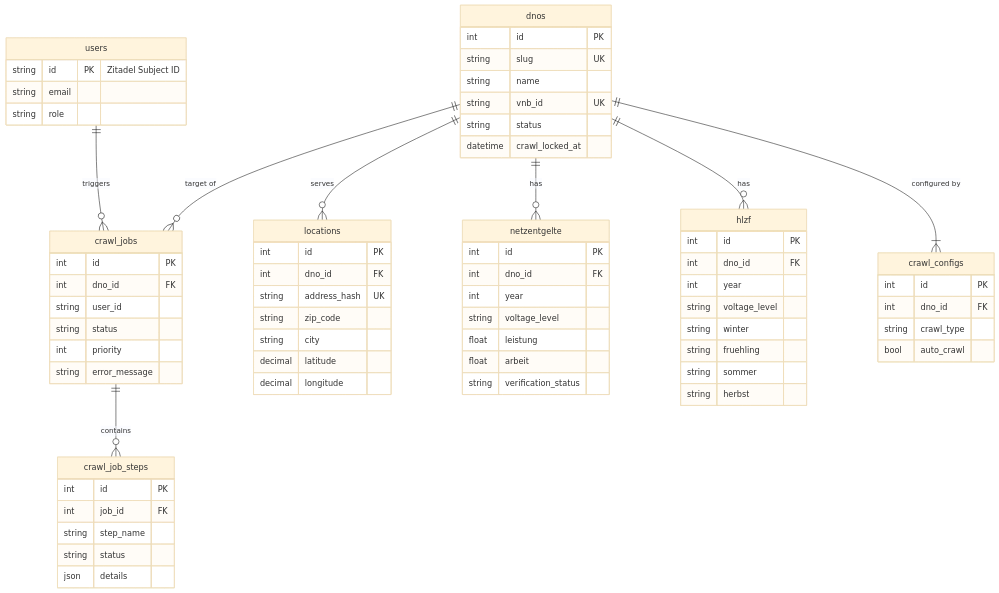
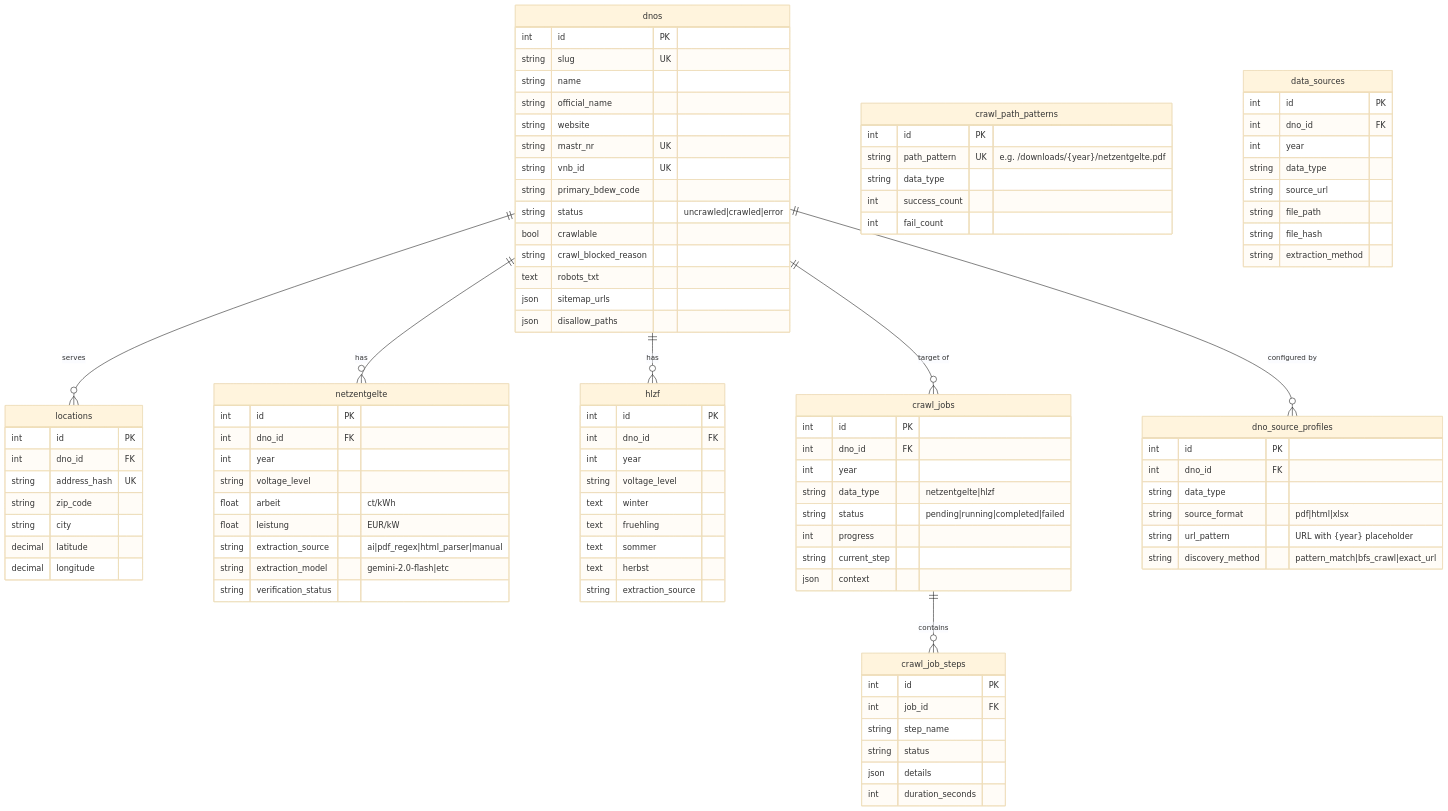
One commit to KyleDerZweite/dno-crawler changed the fourth of 5 diagrams in ARCHITECTURE.md. Above: the diagram before and after it, drawn with Mermaid (base theme). The commit also changed other lines of this file and 6 other files, not shown here.

````diff
--- a/ARCHITECTURE.md
+++ b/ARCHITECTURE.md
@@ -189,25 +263,26 @@
 ```mermaid
 erDiagram
-    users ||--o{ crawl_jobs : "triggers"
-    users {
-        string id PK "Zitadel Subject ID"
-        string email
-        string role
-    }
-
     dnos ||--o{ locations : "serves"
     dnos ||--o{ netzentgelte : "has"
     dnos ||--o{ hlzf : "has"
     dnos ||--o{ crawl_jobs : "target of"
-    dnos ||--|{ crawl_configs : "configured by"
+    dnos ||--o{ dno_source_profiles : "configured by"
     
     dnos {
         int id PK
         string slug UK
         string name
+        string official_name
+        string website
+        string mastr_nr UK
         string vnb_id UK
-        string status
-        datetime crawl_locked_at
+        string primary_bdew_code
+        string status "uncrawled|crawled|error"
+        bool crawlable
+        string crawl_blocked_reason
+        text robots_txt
+        json sitemap_urls
+        json disallow_paths
     }
 
     locations {
@@ -225,8 +300,10 @@
         int dno_id FK
         int year
         string voltage_level
-        float leistung
-        float arbeit
+        float arbeit "ct/kWh"
+        float leistung "EUR/kW"
+        string extraction_source "ai|pdf_regex|html_parser|manual"
+        string extraction_model "gemini-2.0-flash|etc"
         string verification_status
     }
 
@@ -235,20 +312,23 @@
         int dno_id FK
         int year
         string voltage_level
-        string winter
-        string fruehling
-        string sommer
-        string herbst
+        text winter
+        text fruehling
+        text sommer
+        text herbst
+        string extraction_source
     }
 
     crawl_jobs ||--o{ crawl_job_steps : "contains"
     crawl_jobs {
         int id PK
         int dno_id FK
-        string user_id
-        string status
-        int priority
-        string error_message
+        int year
+        string data_type "netzentgelte|hlzf"
+        string status "pending|running|completed|failed"
+        int progress
+        string current_step
+        json context
     }
 
     crawl_job_steps {
@@ -257,12 +337,34 @@
         string step_name
         string status
         json details
+        int duration_seconds
     }
     
-    crawl_configs {
+    dno_source_profiles {
         int id PK
         int dno_id FK
-        string crawl_type
-        bool auto_crawl
+        string data_type
+        string source_format "pdf|html|xlsx"
+        string url_pattern "URL with {year} placeholder"
+        string discovery_method "pattern_match|bfs_crawl|exact_url"
+    }
+    
+    crawl_path_patterns {
+        int id PK
+        string path_pattern UK "e.g. /downloads/{year}/netzentgelte.pdf"
+        string data_type
+        int success_count
+        int fail_count
+    }
+
+    data_sources {
+        int id PK
+        int dno_id FK
+        int year
+        string data_type
+        string source_url
+        string file_path
+        string file_hash
+        string extraction_method
     }
 ```
````
